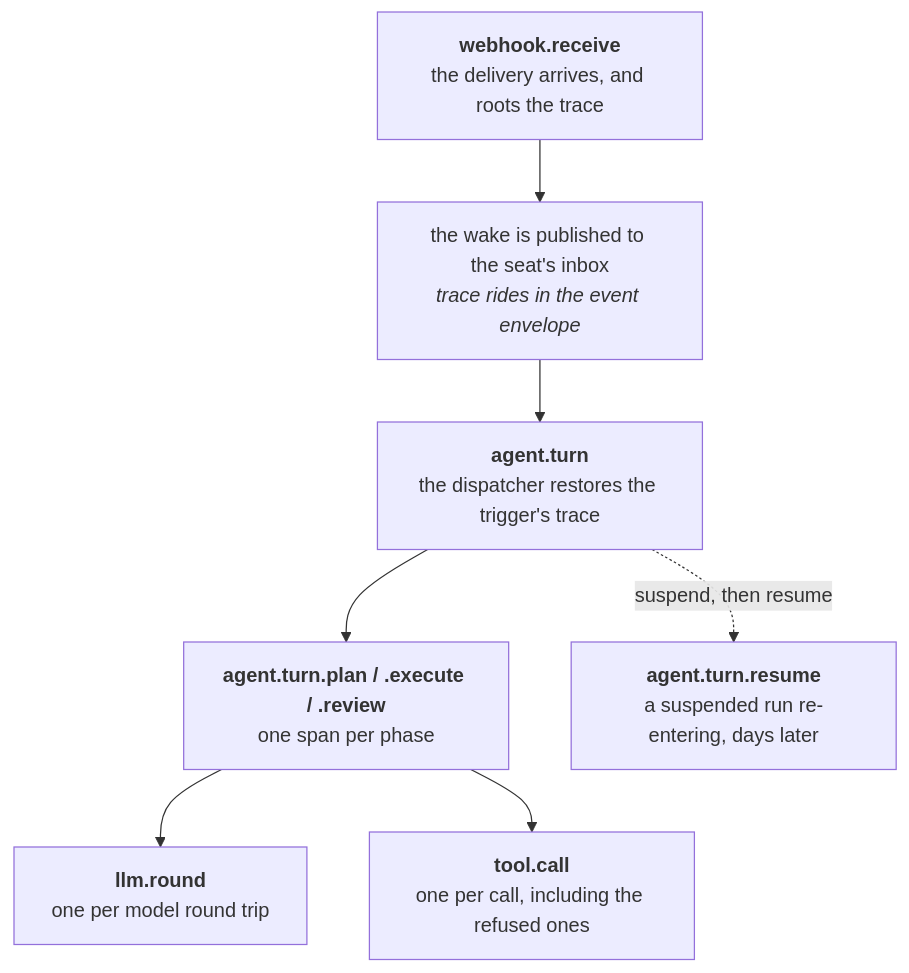
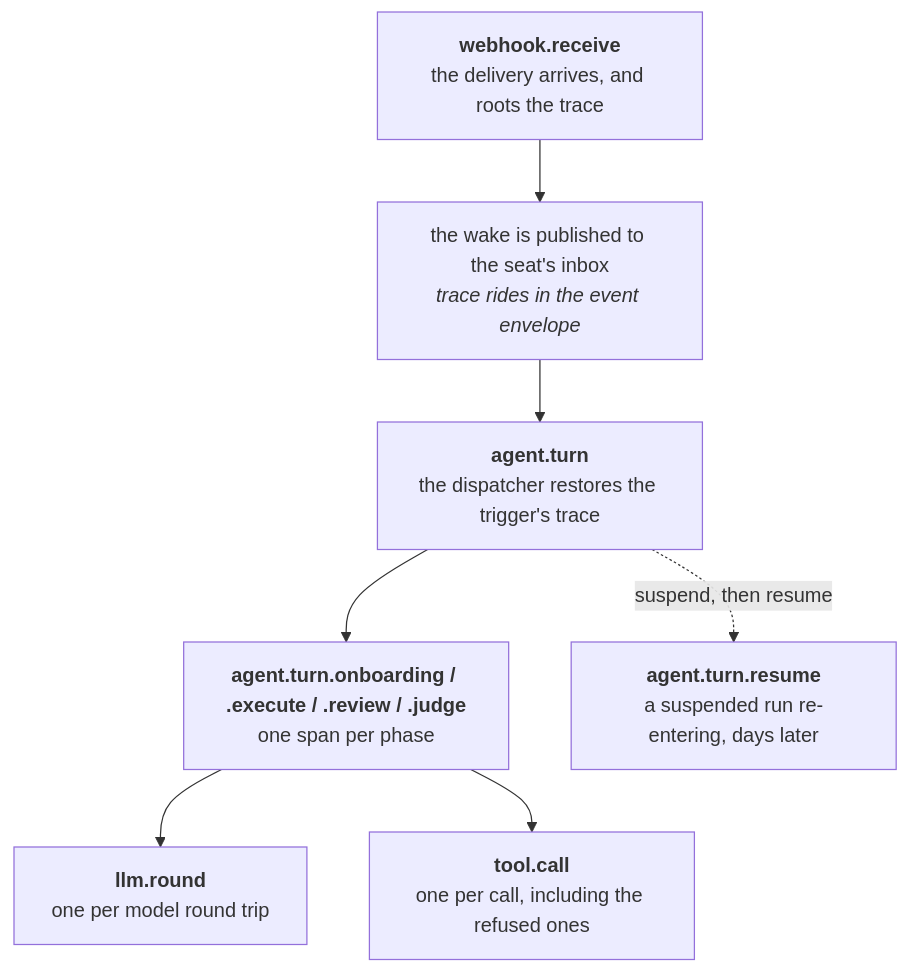
One commit to crewlet/crewlet changed the diagram in docs/guides/deployment.md. Above: the diagram before and after it, drawn with Mermaid. The commit also changed other lines of this file, not shown here.

````diff
--- a/docs/guides/deployment.md
+++ b/docs/guides/deployment.md
@@ -549,14 +550,14 @@
 ```mermaid
 flowchart TD
     A["<b>webhook.receive</b><br/>the delivery arrives, and roots the trace"]
     B["the wake is published to the seat's inbox<br/><i>trace rides in the event envelope</i>"]
     C["<b>agent.turn</b><br/>the dispatcher restores the trigger's trace"]
-    D["<b>agent.turn.plan / .execute / .review</b><br/>one span per phase"]
+    D["<b>agent.turn.onboarding / .execute / .review / .judge</b><br/>one span per phase"]
     E["<b>llm.round</b><br/>one per model round trip"]
     F["<b>tool.call</b><br/>one per call, including the refused ones"]
     G["<b>agent.turn.resume</b><br/>a suspended run re-entering, days later"]
     A --> B --> C --> D
     D --> E
     D --> F
     C -.->|"suspend, then resume"| G
 ```
````
